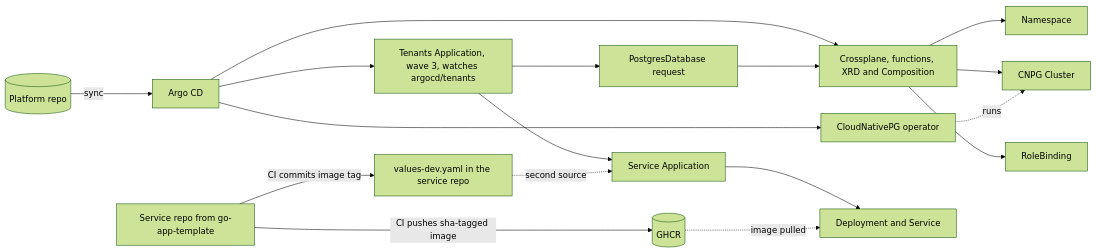
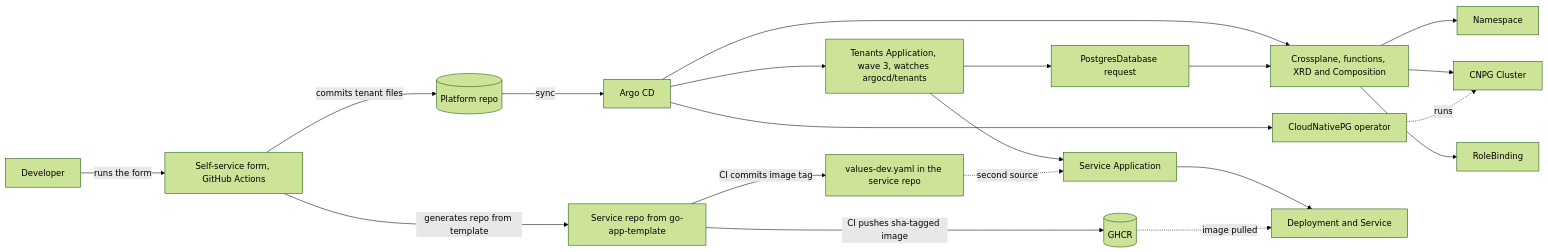
The diagram in README.md (rcarlson-devops/self-service-idp), drawn with Mermaid (forest theme) before and after one commit. The commit also changed other lines of this file, not shown here.

````diff
--- a/README.md
+++ b/README.md
@@ -73,19 +78,22 @@
 ```mermaid
 flowchart LR
-    Svc[Service repo from go-app-template] -->|CI pushes sha-tagged image| GHCR[(GHCR)]
+    Dev[Developer] -->|runs the form| Form[Self-service form, GitHub Actions]
+    Form -->|generates repo from template| Svc[Service repo from go-app-template]
+    Form -->|commits tenant files| Git[(Platform repo)]
+    Svc -->|CI pushes sha-tagged image| GHCR[(GHCR)]
     Svc -->|CI commits image tag| Vals[values-dev.yaml in the service repo]
     Git[(Platform repo)] -->|sync| Argo[Argo CD]
     Argo --> CP[Crossplane, functions, XRD and Composition]
     Argo --> CNPG[CloudNativePG operator]
     Argo --> Ten[Tenants Application, wave 3, watches argocd/tenants]
     Ten --> App[Service Application]
     Ten --> Req[PostgresDatabase request]
     Vals -.->|second source| App
     App --> Dep[Deployment and Service]
     GHCR -.->|image pulled| Dep
     Req --> CP
     CP --> NS[Namespace]
     CP --> DB[CNPG Cluster]
     CP --> RB[RoleBinding]
     CNPG -.->|runs| DB
 ```
````
